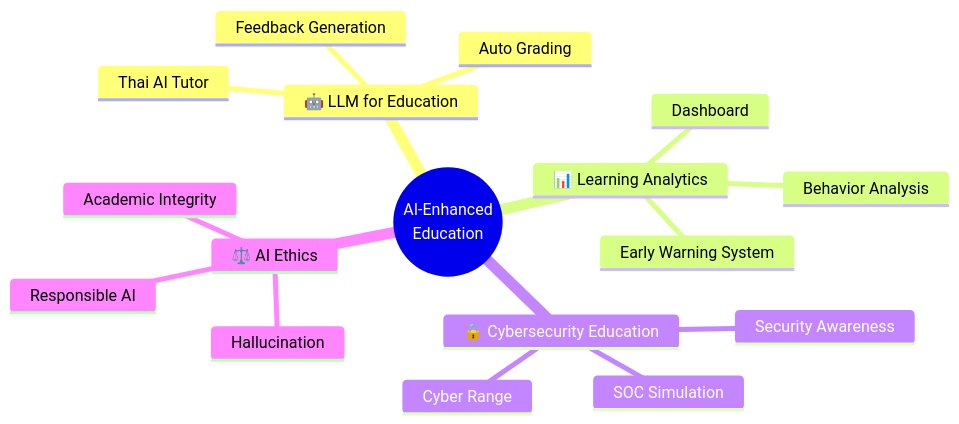
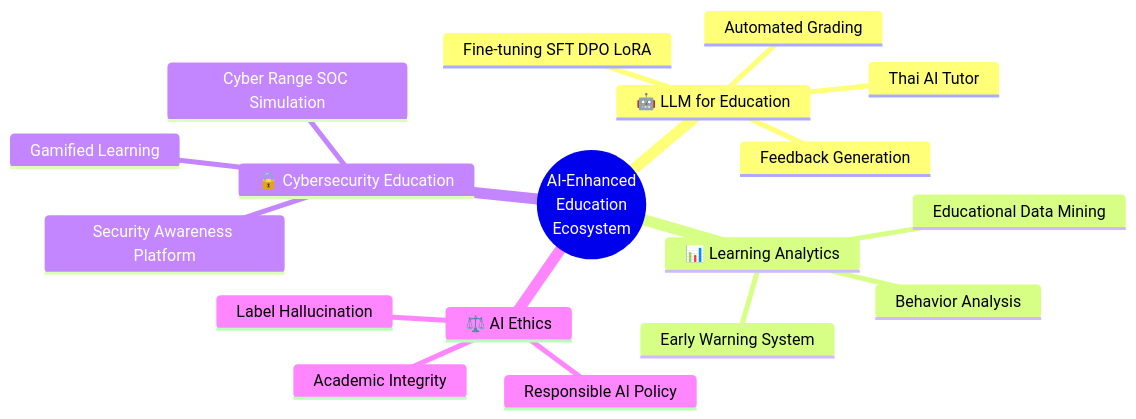
The diagram in README.md (nutthakorn7/kmutnb-fte-portfolio), drawn with Mermaid before and after one commit. The commit also changed other lines of this file and 1 other file, not shown here.

````diff
--- a/README.md
+++ b/README.md
@@ -63,20 +71,21 @@
 ```mermaid
 mindmap
-  root((AI-Enhanced<br/>Education))
+  root((AI-Enhanced<br/>Education<br/>Ecosystem))
     🤖 LLM for Education
       Thai AI Tutor
-      Auto Grading
+      Automated Grading
       Feedback Generation
+      Fine-tuning SFT DPO LoRA
     📊 Learning Analytics
       Early Warning System
       Behavior Analysis
-      Dashboard
+      Educational Data Mining
     🔒 Cybersecurity Education
-      Cyber Range
-      Security Awareness
-      SOC Simulation
+      Cyber Range SOC Simulation
+      Security Awareness Platform
+      Gamified Learning
     ⚖️ AI Ethics
-      Hallucination
+      Label Hallucination
       Academic Integrity
-      Responsible AI
+      Responsible AI Policy
 ```
````
